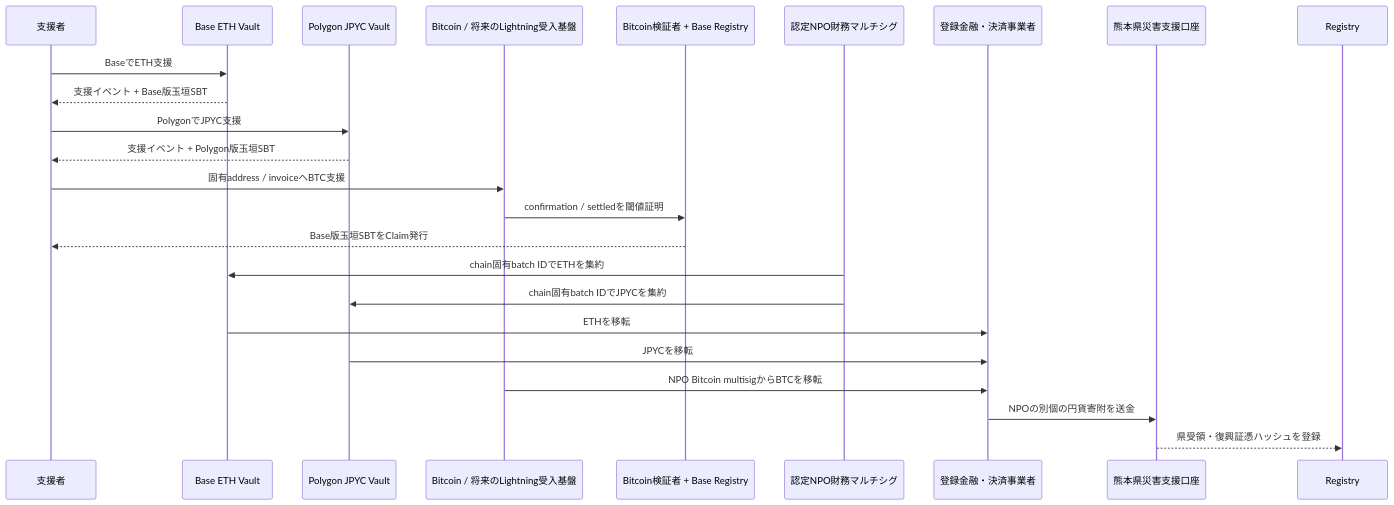
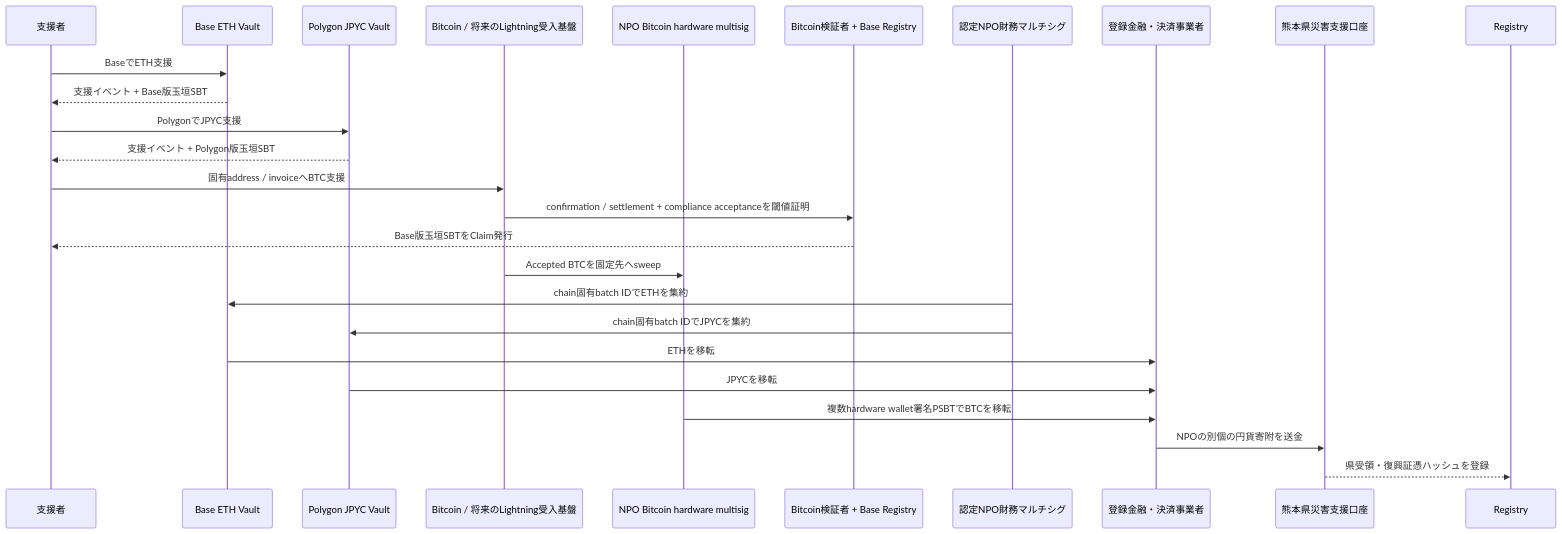
The diagram in docs/fund-flow.md (ShigeichiroYamasaki/yui-no-kaki-kumamoto), drawn with Mermaid before and after one commit. The commit also changed other lines of this file and 18 other files, not shown here.

````diff
--- a/docs/fund-flow.md
+++ b/docs/fund-flow.md
@@ -11,26 +11,28 @@
 ```mermaid
 sequenceDiagram
   participant S as 支援者
   participant BV as Base ETH Vault
   participant PV as Polygon JPYC Vault
   participant BTC as Bitcoin / 将来のLightning受入基盤
+  participant BM as NPO Bitcoin hardware multisig
   participant BR as Bitcoin検証者 + Base Registry
   participant O as 認定NPO財務マルチシグ
   participant E as 登録金融・決済事業者
   participant K as 熊本県災害支援口座
   participant R as Registry
   S->>BV: BaseでETH支援
   BV-->>S: 支援イベント + Base版玉垣SBT
   S->>PV: PolygonでJPYC支援
   PV-->>S: 支援イベント + Polygon版玉垣SBT
   S->>BTC: 固有address / invoiceへBTC支援
-  BTC->>BR: confirmation / settledを閾値証明
+  BTC->>BR: confirmation / settlement + compliance acceptanceを閾値証明
   BR-->>S: Base版玉垣SBTをClaim発行
+  BTC->>BM: Accepted BTCを固定先へsweep
   O->>BV: chain固有batch IDでETHを集約
   O->>PV: chain固有batch IDでJPYCを集約
   BV->>E: ETHを移転
   PV->>E: JPYCを移転
-  BTC->>E: NPO Bitcoin multisigからBTCを移転
+  BM->>E: 複数hardware wallet署名PSBTでBTCを移転
   E->>K: NPOの別個の円貨寄附を送金
   K-->>R: 県受領・復興証憑ハッシュを登録
 ```
````
